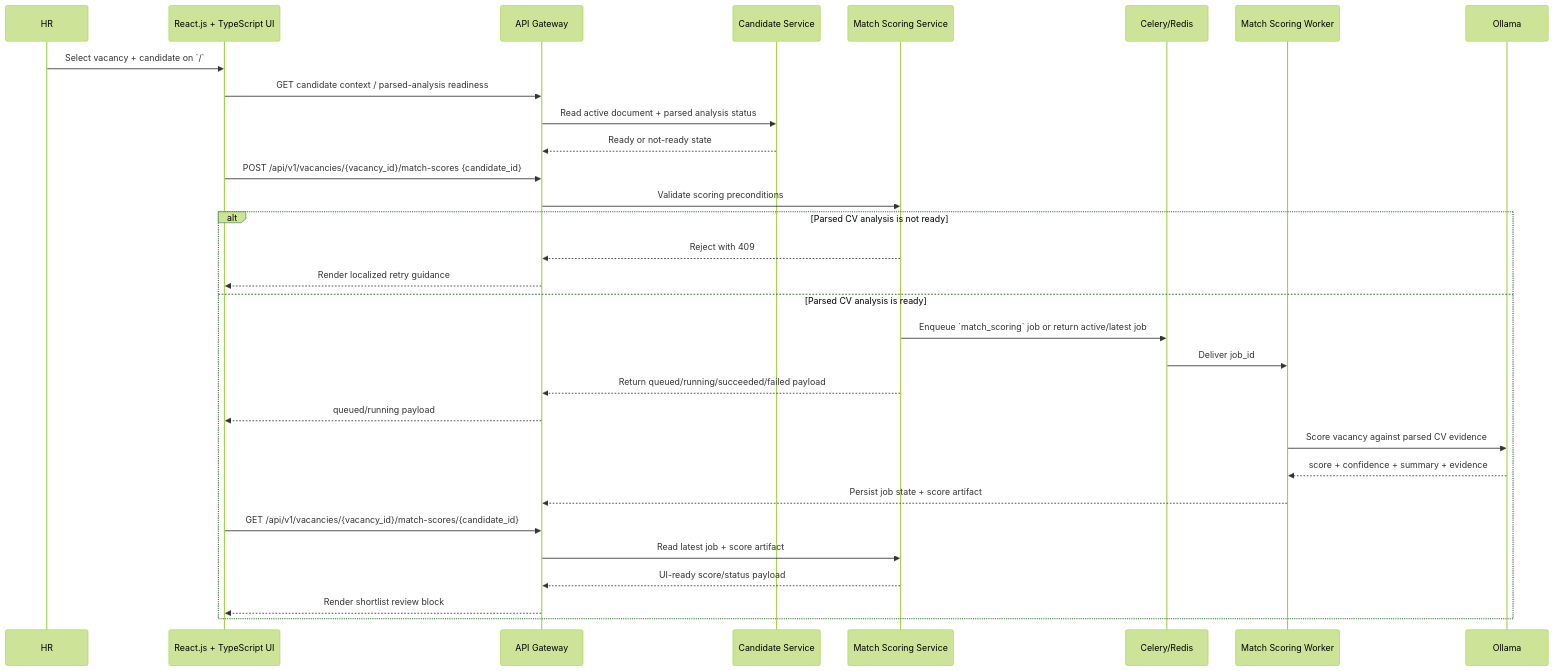
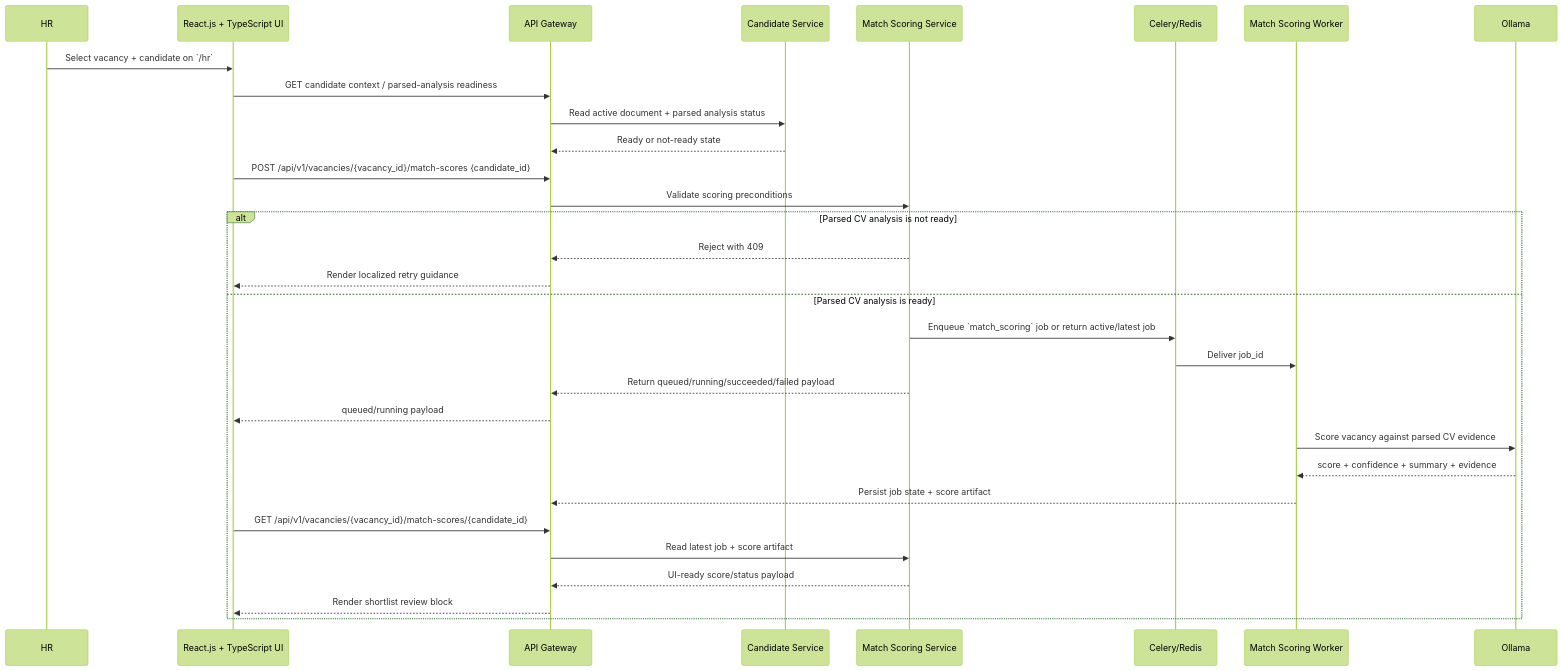
Before and after one commit to RubiFoc/hrm: the fourth of 31 diagrams in docs/architecture/diagrams.md, drawn with Mermaid (forest theme). The commit also changed other lines of this file and 81 other files, not shown here.

````diff
--- a/docs/architecture/diagrams.md
+++ b/docs/architecture/diagrams.md
@@ -169,34 +169,34 @@
 ```mermaid
 sequenceDiagram
   participant HR as HR
   participant UI as React.js + TypeScript UI
   participant API as API Gateway
   participant CAND as Candidate Service
   participant SCORE as Match Scoring Service
   participant Q as Celery/Redis
   participant WORKER as Match Scoring Worker
   participant OLL as Ollama
 
-  HR->>UI: Select vacancy + candidate on `/`
+  HR->>UI: Select vacancy + candidate on `/hr`
   UI->>API: GET candidate context / parsed-analysis readiness
   API->>CAND: Read active document + parsed analysis status
   CAND-->>API: Ready or not-ready state
   UI->>API: POST /api/v1/vacancies/{vacancy_id}/match-scores {candidate_id}
   API->>SCORE: Validate scoring preconditions
   alt Parsed CV analysis is not ready
     SCORE-->>API: Reject with 409
     API-->>UI: Render localized retry guidance
   else Parsed CV analysis is ready
     SCORE->>Q: Enqueue `match_scoring` job or return active/latest job
     Q->>WORKER: Deliver job_id
     SCORE-->>API: Return queued/running/succeeded/failed payload
     API-->>UI: queued/running payload
     WORKER->>OLL: Score vacancy against parsed CV evidence
     OLL-->>WORKER: score + confidence + summary + evidence
     WORKER-->>API: Persist job state + score artifact
     UI->>API: GET /api/v1/vacancies/{vacancy_id}/match-scores/{candidate_id}
     API->>SCORE: Read latest job + score artifact
     SCORE-->>API: UI-ready score/status payload
     API-->>UI: Render shortlist review block
   end
 ```
````
